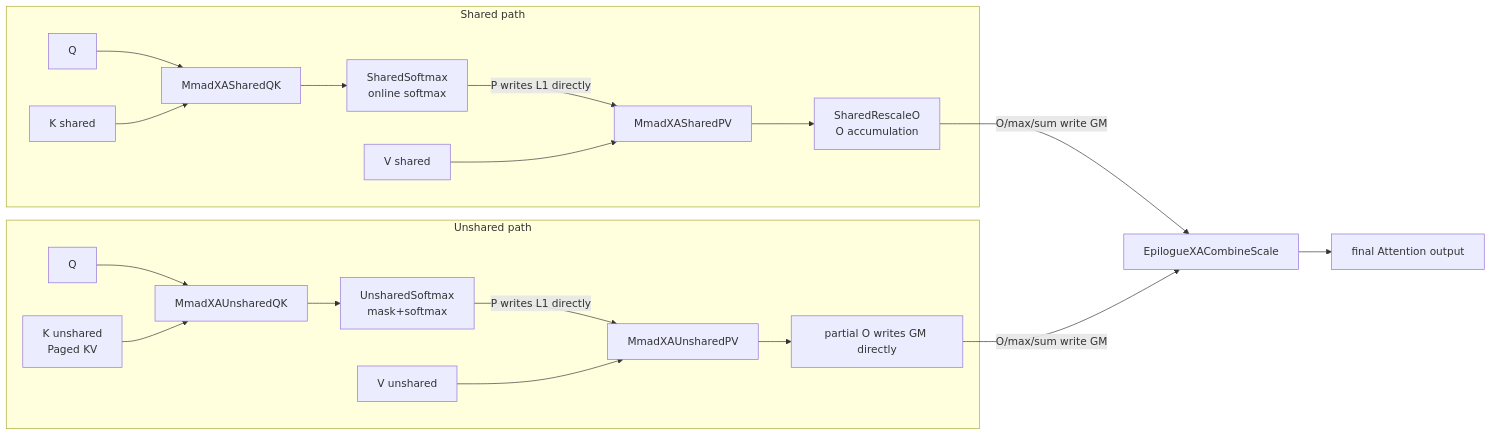
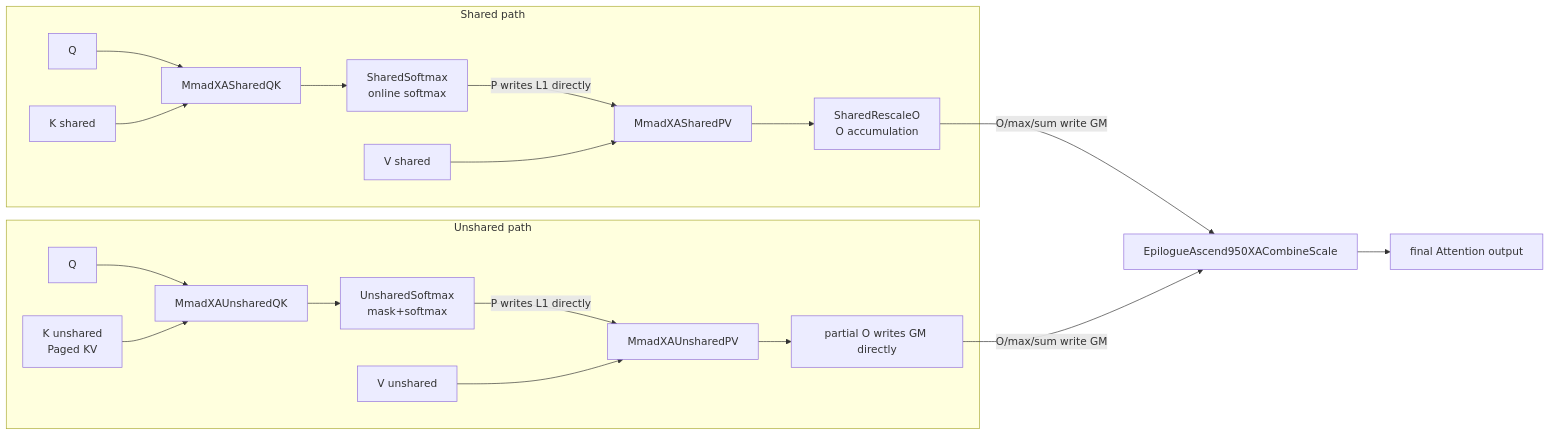
Before and after one commit to ascend-catlass/catlass: the first of 2 diagrams in docs/en/2_Design/04_contrib/00_XAttention/05_xa_tla_kernel.md, drawn with Mermaid. The commit also changed other lines of this file and 14 other files, not shown here.

````diff
--- a/docs/en/2_Design/04_contrib/00_XAttention/05_xa_tla_kernel.md
+++ b/docs/en/2_Design/04_contrib/00_XAttention/05_xa_tla_kernel.md
@@ -26,22 +26,22 @@
 ```mermaid
 graph LR
     subgraph Shared path
         A[Q] --> QK1[MmadXASharedQK]
         K1[K shared] --> QK1
         QK1 --> SM1[SharedSoftmax<br/>online softmax]
         SM1 -->|P writes L1 directly| PV1[MmadXASharedPV]
         V1[V shared] --> PV1
         PV1 --> RC[SharedRescaleO<br/>O accumulation]
     end
     subgraph Unshared path
         A2[Q] --> QK2[MmadXAUnsharedQK]
         K2[K unshared<br/>Paged KV] --> QK2
         QK2 --> SM2[UnsharedSoftmax<br/>mask+softmax]
         SM2 -->|P writes L1 directly| PV2[MmadXAUnsharedPV]
         V2[V unshared] --> PV2
         PV2 --> O2[partial O writes GM directly]
     end
-    RC -->|O/max/sum write GM| CB[EpilogueXACombineScale]
+    RC -->|O/max/sum write GM| CB[EpilogueAscend950XACombineScale]
     O2 -->|O/max/sum write GM| CB
     CB --> OUT[final Attention output]
 ```
````
